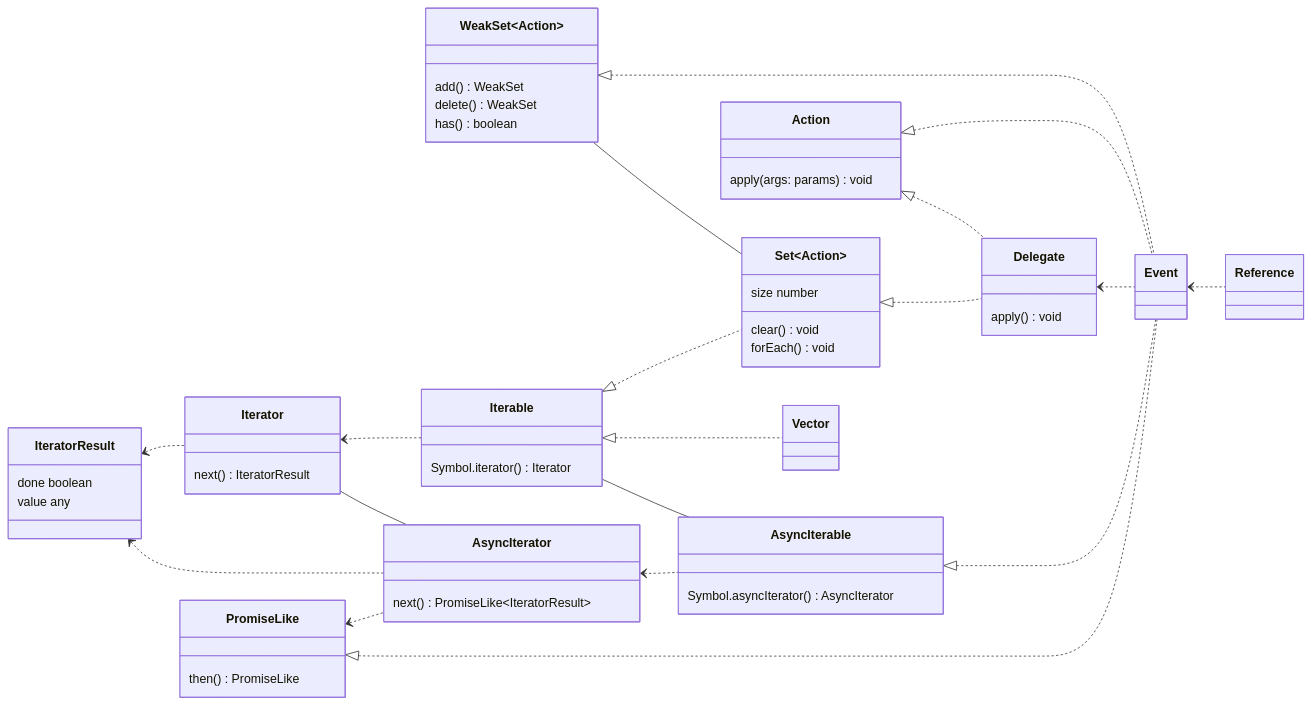
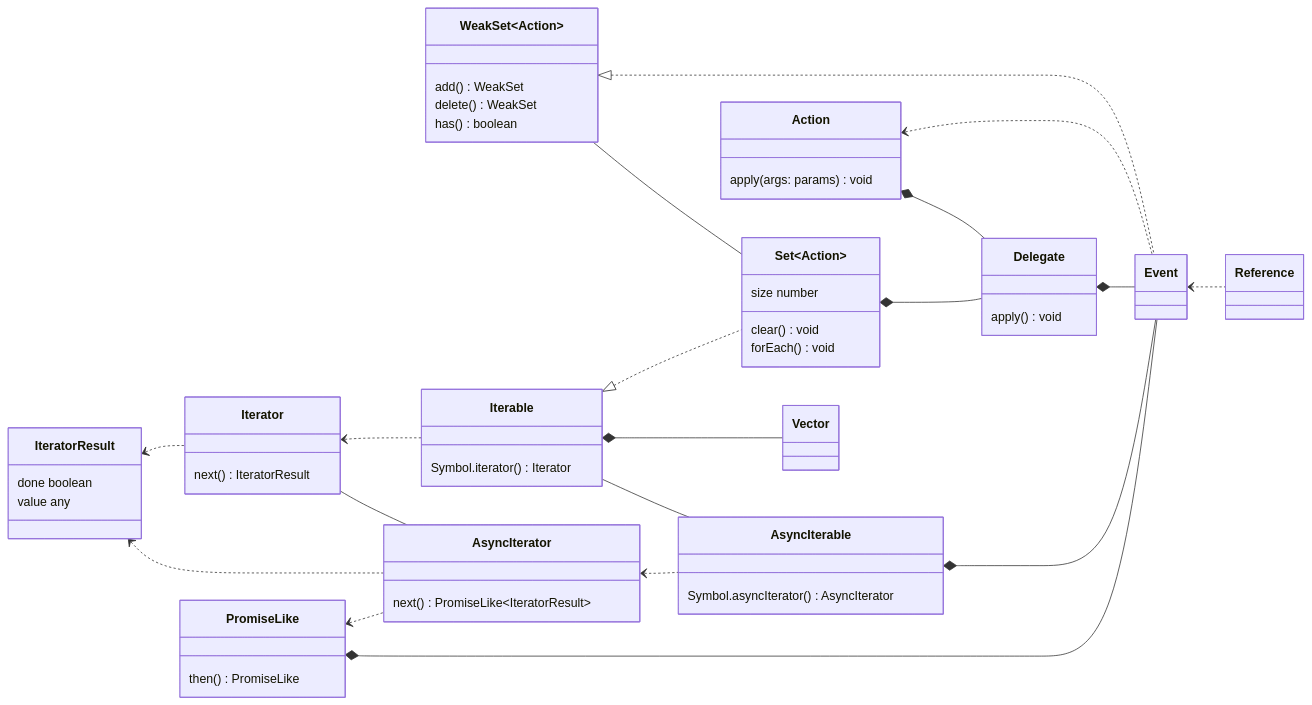
Before and after one commit to domrally/peekeasy: the fifth of 5 diagrams in README.md, drawn with Mermaid.

````diff
--- a/README.md
+++ b/README.md
@@ -221,62 +221,62 @@
 ```mermaid
 classDiagram
     direction LR
-    PromiseLike <|.. Event
+    PromiseLike *-- Event
     PromiseLike <.. AsyncIterator
     IteratorResult <.. AsyncIterator
     Iterator -- AsyncIterator
     AsyncIterator <.. AsyncIterable
     Iterable -- AsyncIterable
-    AsyncIterable <|.. Event
+    AsyncIterable *-- Event
     IteratorResult <.. Iterator
     Iterator <.. Iterable
     Iterable <|.. Set~Action~
-    Delegate <.. Event
-    Action <|.. Event
-    Set~Action~ <|.. Delegate
-    Action <|.. Delegate
+    Delegate *-- Event
+    Action <.. Event
+    Set~Action~ *-- Delegate
+    Action *-- Delegate
     WeakSet~Action~ -- Set~Action~
     WeakSet~Action~ <|.. Event
     Event <.. Reference
-    Iterable <|.. Vector
+    Iterable *-- Vector
     class IteratorResult {
         done boolean
         value any
     }
     class AsyncIterable {
         Symbol.asyncIterator() AsyncIterator
     }
     class Iterable {
         Symbol.iterator() Iterator
     }
     class Iterator {
         next() IteratorResult
     }
     class AsyncIterator {
         next() PromiseLike~IteratorResult~
     }
     class PromiseLike {
         then() PromiseLike
     }
     class WeakSet {
         add() WeakSet
         delete() WeakSet
         has() boolean
     }
     class Set {
         size number
         clear() void
         forEach() void
     }
     class Action {
         apply(args: params) void
     }
     class Delegate {
         apply() void
     }
     link Delegate "https://github.com/domrally/peekeasy/blob/main/src/delegate.ts" "delegate.ts"
     class Event
     link Event "https://github.com/domrally/peekeasy/blob/main/src/event.ts" "event.ts"
     class Vector
     link Vector "https://github.com/domrally/peekeasy/blob/main/src/vector.ts" "vector.ts"
 ```
````
